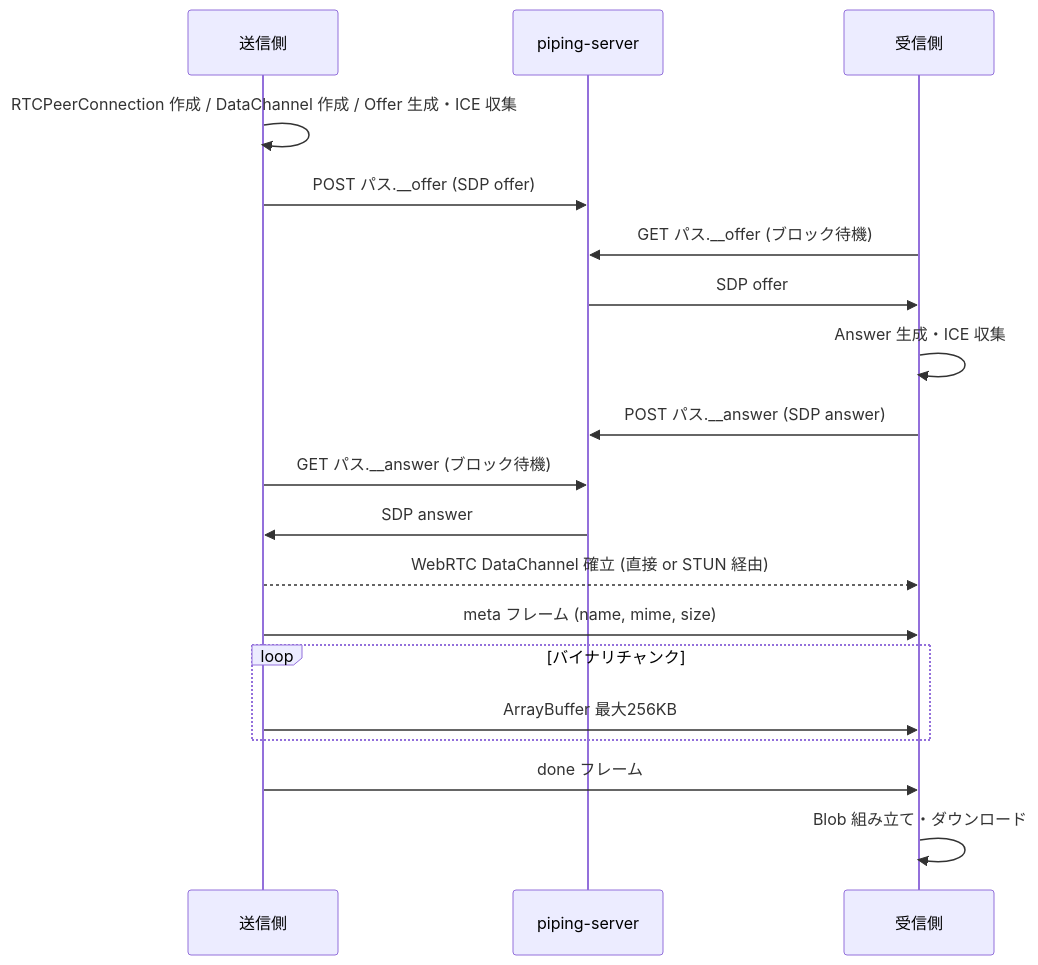
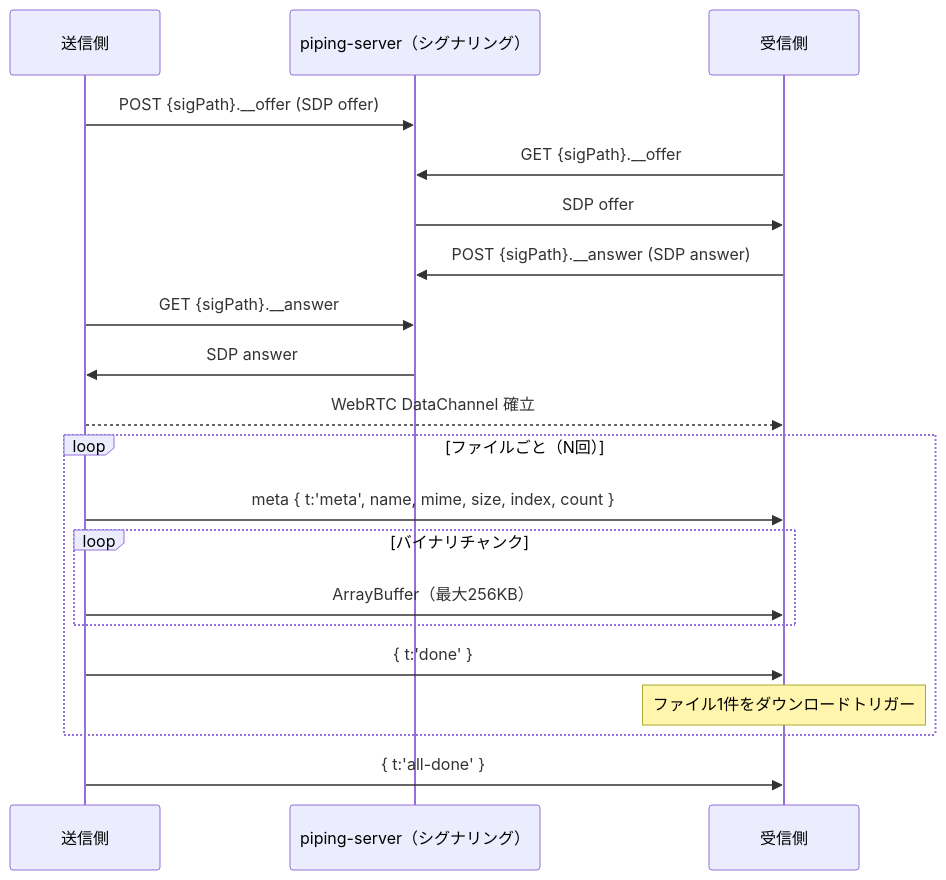
Before and after one commit to afjk/afjk.jp: the fifth of 7 diagrams in docs/pipe-spec.md, drawn with Mermaid. The commit also changed other lines of this file and 1 other file, not shown here.

````diff
--- a/docs/pipe-spec.md
+++ b/docs/pipe-spec.md
@@ -149,23 +185,24 @@
 ```mermaid
 sequenceDiagram
     participant A as 送信側
-    participant P as piping-server
+    participant P as piping-server（シグナリング）
     participant B as 受信側
 
-    A->>A: RTCPeerConnection 作成 / DataChannel 作成 / Offer 生成・ICE 収集
-    A->>P: POST パス.__offer (SDP offer)
-    B->>P: GET パス.__offer (ブロック待機)
+    A->>P: POST {sigPath}.__offer (SDP offer)
+    B->>P: GET {sigPath}.__offer
     P->>B: SDP offer
-    B->>B: Answer 生成・ICE 収集
-    B->>P: POST パス.__answer (SDP answer)
-    A->>P: GET パス.__answer (ブロック待機)
+    B->>P: POST {sigPath}.__answer (SDP answer)
+    A->>P: GET {sigPath}.__answer
     P->>A: SDP answer
-    A-->>B: WebRTC DataChannel 確立 (直接 or STUN 経由)
+    A-->>B: WebRTC DataChannel 確立
 
-    A->>B: meta フレーム (name, mime, size)
-    loop バイナリチャンク
-        A->>B: ArrayBuffer 最大256KB
+    loop ファイルごと（N回）
+        A->>B: meta { t:'meta', name, mime, size, index, count }
+        loop バイナリチャンク
+            A->>B: ArrayBuffer（最大256KB）
+        end
+        A->>B: { t:'done' }
+        Note over B: ファイル1件をダウンロードトリガー
     end
-    A->>B: done フレーム
-    B->>B: Blob 組み立て・ダウンロード
+    A->>B: { t:'all-done' }
 ```
````
